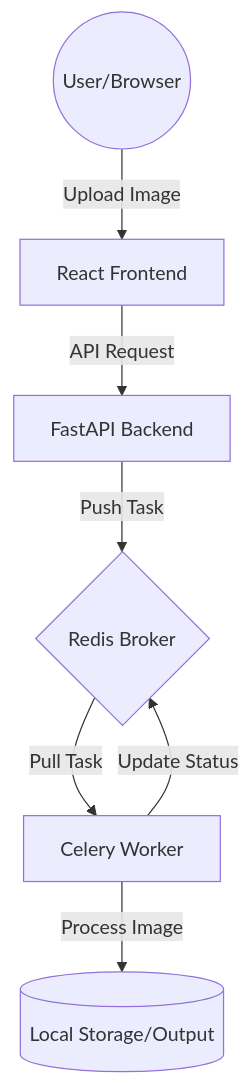
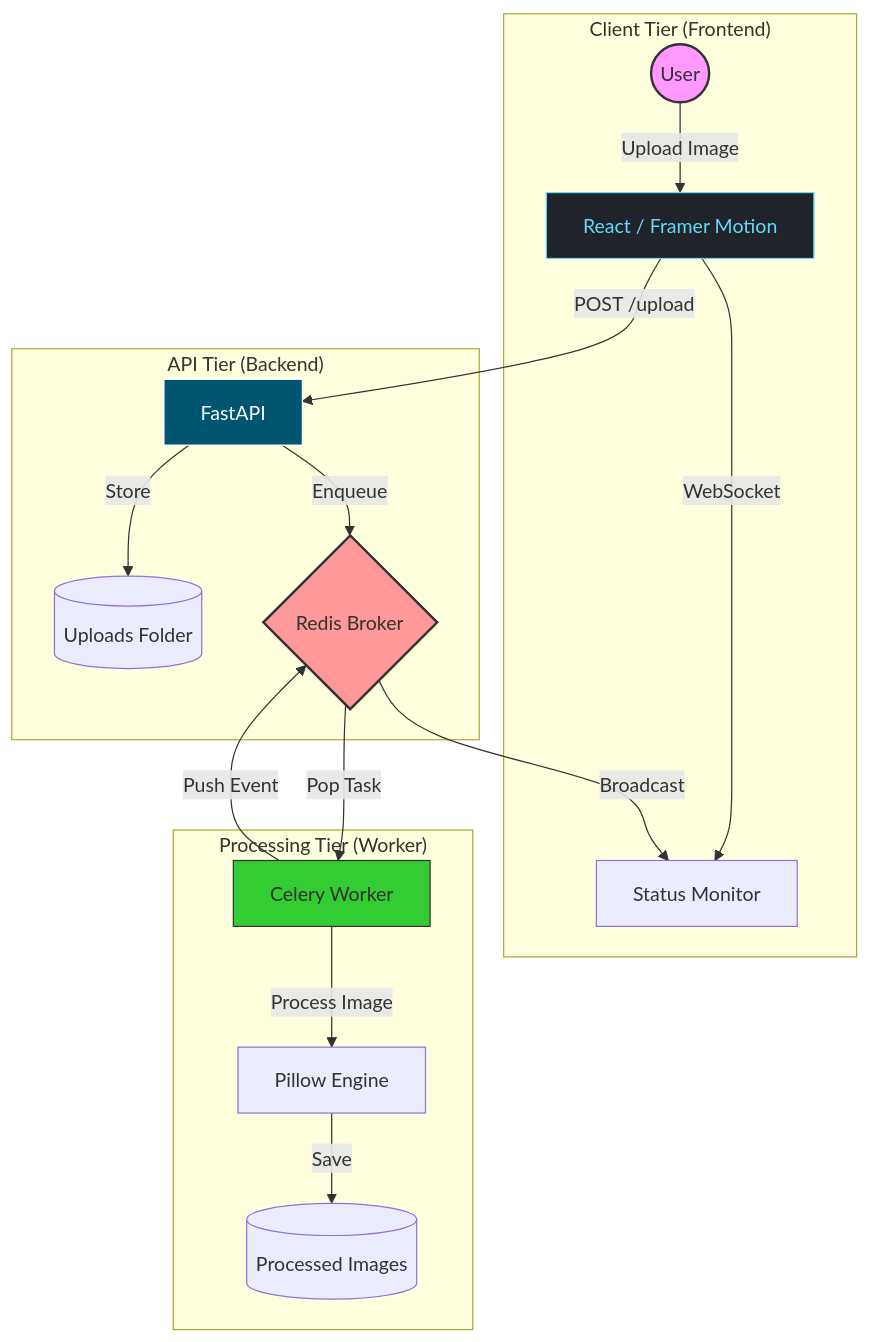
The diagram in README.md (jasenalfatamaa/image_processing), drawn with Mermaid before and after one commit. The commit also changed other lines of this file and 18 other files, not shown here.

````diff
--- a/README.md
+++ b/README.md
@@ -19,9 +30,31 @@
 ```mermaid
 graph TD
-    User((User/Browser)) -->|Upload Image| React[React Frontend]
-    React -->|API Request| FastAPI[FastAPI Backend]
-    FastAPI -->|Push Task| Redis{Redis Broker}
-    Redis -->|Pull Task| Worker[Celery Worker]
-    Worker -->|Process Image| Storage[(Local Storage/Output)]
-    Worker -->|Update Status| Redis
+    %% Client Tier
+    subgraph "Client Tier (Frontend)"
+        User((User)) -->|Upload Image| React[React / Framer Motion]
+        React -->|WebSocket| WS[Status Monitor]
+    end
+
+    %% API Tier
+    subgraph "API Tier (Backend)"
+        React -->|POST /upload| FastAPI[FastAPI]
+        FastAPI -->|Store| Disk[(Uploads Folder)]
+        FastAPI -->|Enqueue| Redis{Redis Broker}
+    end
+
+    %% Processing Tier
+    subgraph "Processing Tier (Worker)"
+        Redis -->|Pop Task| Worker[Celery Worker]
+        Worker -->|Process Image| Pillow[Pillow Engine]
+        Pillow -->|Save| Results[(Processed Images)]
+        Worker -->|Push Event| Redis
+        Redis -->|Broadcast| WS
+    end
+
+    %% Visual Styling
+    style User fill:#f9f,stroke:#333,stroke-width:2px
+    style Redis fill:#ff9999,stroke:#333,stroke-width:2px
+    style FastAPI fill:#005571,stroke:#fff,color:#fff
+    style React fill:#20232a,stroke:#61DAFB,color:#61DAFB
+    style Worker fill:#33cc33,stroke:#333
 ```
````
